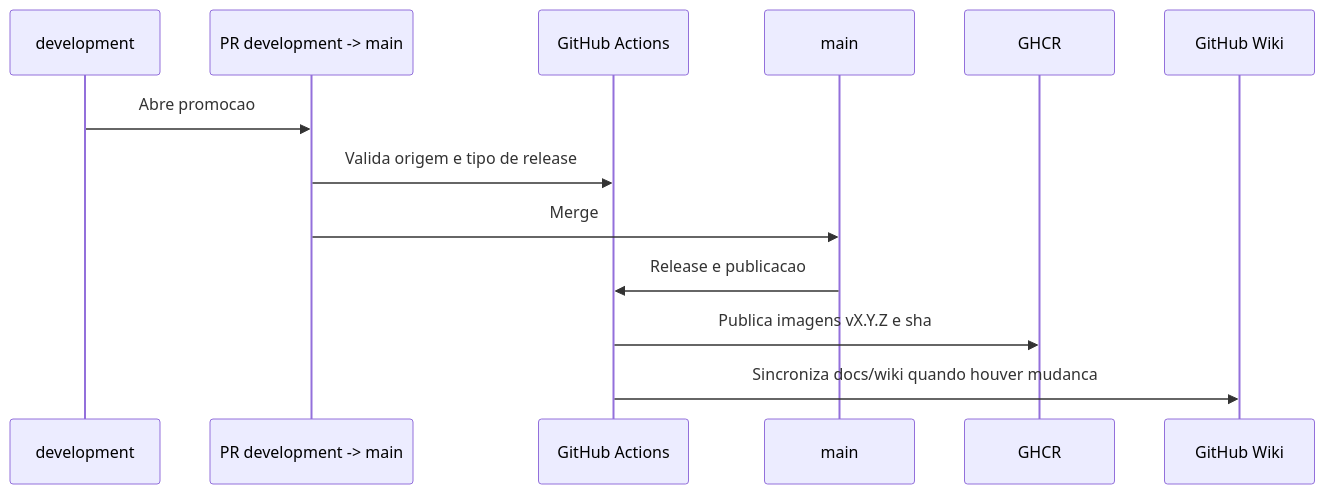
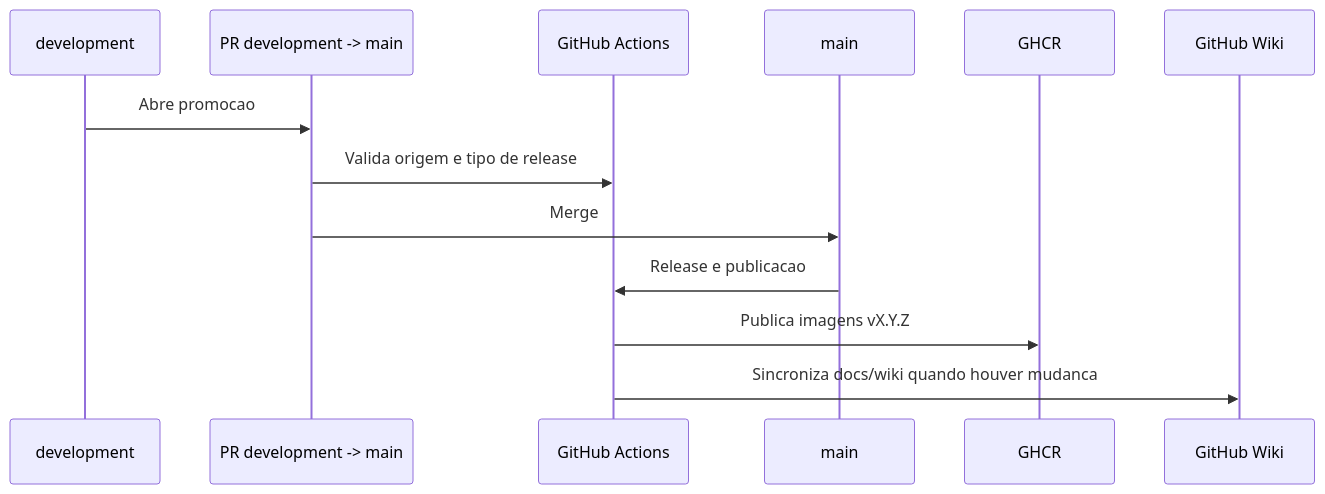
Before and after one commit to ifpebj-ti/inventario-patrimonio-cces: the third of 4 diagrams in docs/wiki/Esteira-de-CI-CD.md, drawn with Mermaid. The commit also changed other lines of this file and 4 other files, not shown here.

````diff
--- a/docs/wiki/Esteira-de-CI-CD.md
+++ b/docs/wiki/Esteira-de-CI-CD.md
@@ -83,16 +76,16 @@
 ```mermaid
 sequenceDiagram
     participant DevBranch as development
     participant PRMain as PR development -> main
     participant CI as GitHub Actions
     participant Main as main
     participant GHCR as GHCR
     participant Wiki as GitHub Wiki
 
     DevBranch->>PRMain: Abre promocao
     PRMain->>CI: Valida origem e tipo de release
     PRMain->>Main: Merge
     Main->>CI: Release e publicacao
-    CI->>GHCR: Publica imagens vX.Y.Z e sha
+    CI->>GHCR: Publica imagens vX.Y.Z
     CI->>Wiki: Sincroniza docs/wiki quando houver mudanca
 ```
````
